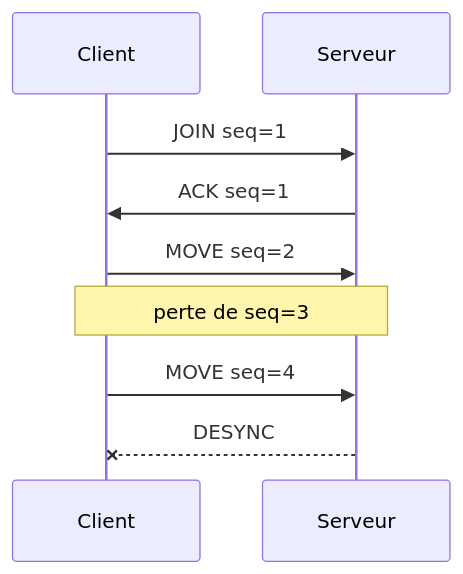
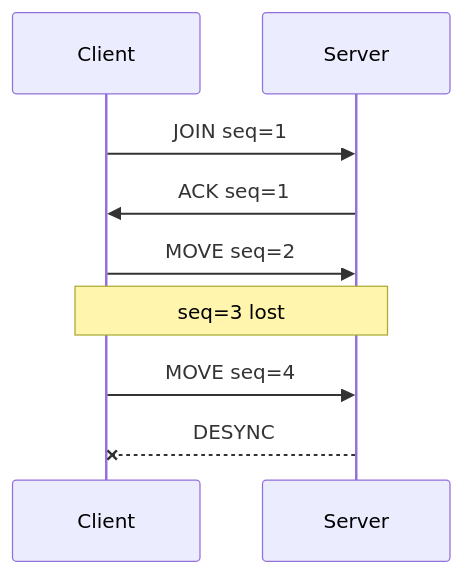
One commit to MasterLaplace/LplCraftSkills changed the second of 2 diagrams in skills/rendre-l-etat-visible/references/formats-et-visionneuses.md. Above: the diagram before and after it, drawn with Mermaid. The commit also changed 16 other files, not shown here.

First line of the commit message:
docs: Mermaid diagram text moves to English, the prose stays French

````diff
--- a/skills/rendre-l-etat-visible/references/formats-et-visionneuses.md
+++ b/skills/rendre-l-etat-visible/references/formats-et-visionneuses.md
@@ -151,9 +151,9 @@
 ```mermaid
 sequenceDiagram
-  Client->>Serveur: JOIN seq=1
-  Serveur->>Client: ACK seq=1
-  Client->>Serveur: MOVE seq=2
-  Note over Client,Serveur: perte de seq=3
-  Client->>Serveur: MOVE seq=4
-  Serveur--xClient: DESYNC
+  Client->>Server: JOIN seq=1
+  Server->>Client: ACK seq=1
+  Client->>Server: MOVE seq=2
+  Note over Client,Server: seq=3 lost
+  Client->>Server: MOVE seq=4
+  Server--xClient: DESYNC
 ```
````
